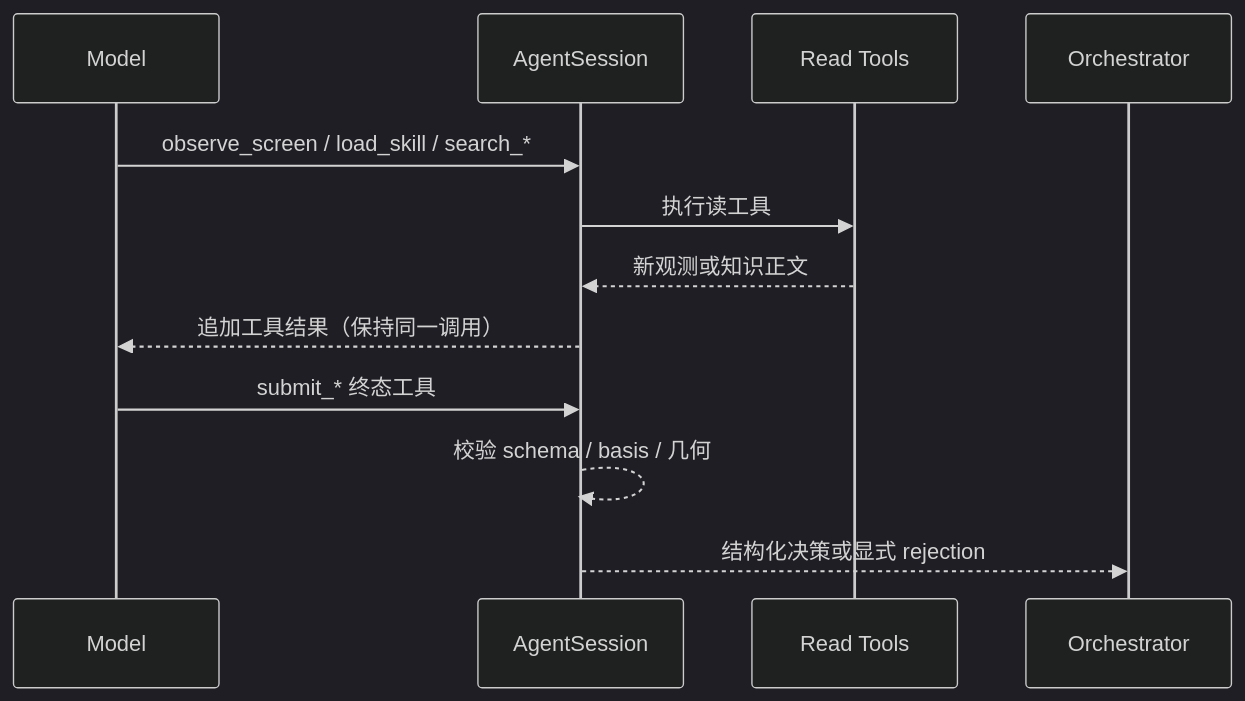
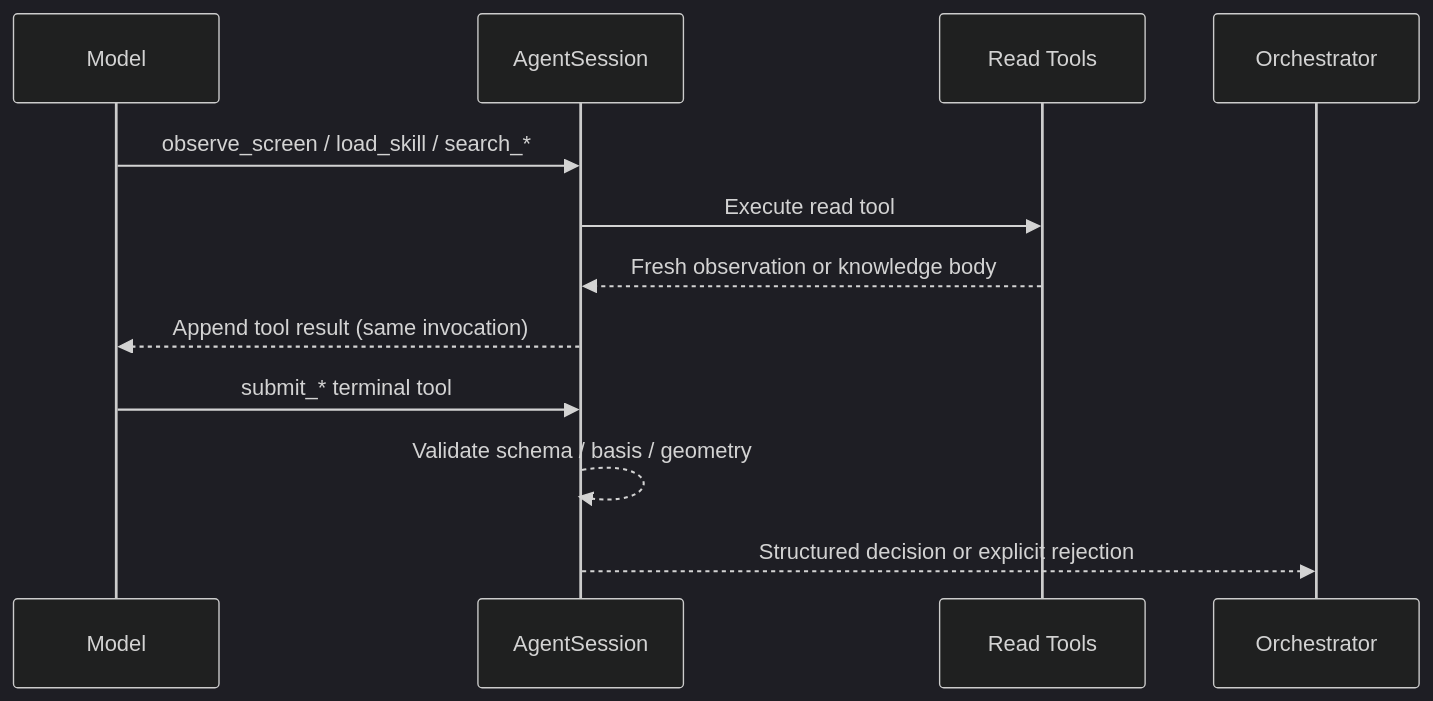
One commit to LordRosenberg/ClickClick changed the third of 5 diagrams in README.md. Above: the diagram before and after it, drawn with Mermaid (dark theme). The commit also changed other lines of this file and 55 other files, not shown here.

````diff
--- a/README.md
+++ b/README.md
@@ -124,14 +128,14 @@
 ```mermaid
 sequenceDiagram
   participant M as Model
   participant H as AgentSession
   participant T as Read Tools
   participant O as Orchestrator
   M->>H: observe_screen / load_skill / search_*
-  H->>T: 执行读工具
-  T-->>H: 新观测或知识正文
-  H-->>M: 追加工具结果（保持同一调用）
-  M->>H: submit_* 终态工具
-  H-->>H: 校验 schema / basis / 几何
-  H-->>O: 结构化决策或显式 rejection
+  H->>T: Execute read tool
+  T-->>H: Fresh observation or knowledge body
+  H-->>M: Append tool result (same invocation)
+  M->>H: submit_* terminal tool
+  H-->>H: Validate schema / basis / geometry
+  H-->>O: Structured decision or explicit rejection
 ```
````
